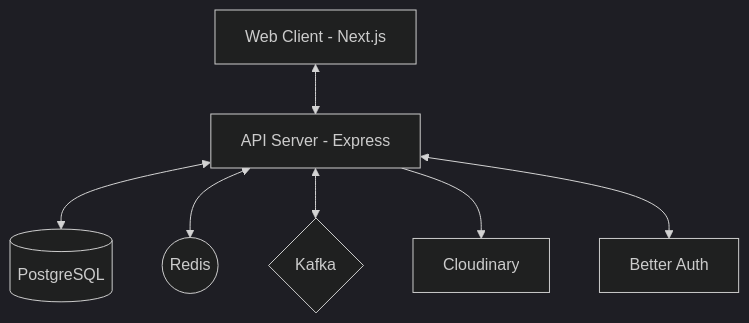
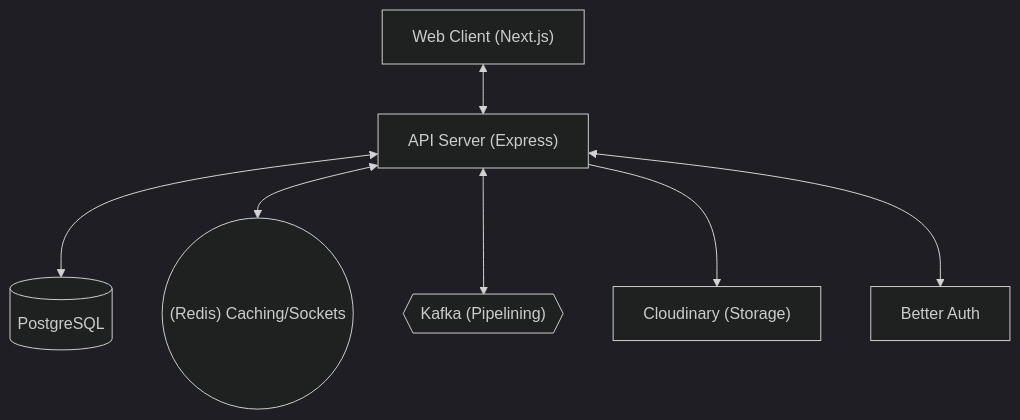
One commit to lwshakib/frequency-chat-app changed the diagram in README.md. Above: the diagram before and after it, drawn with Mermaid (dark theme). The commit also changed other lines of this file and 3 other files, not shown here.

````diff
--- a/README.md
+++ b/README.md
@@ -17,9 +22,9 @@
 ```mermaid
 graph TD
-    Client[Web Client - Next.js] <--> Server[API Server - Express]
-    Server <--> DB[(PostgreSQL)]
-    Server <--> Redis((Redis))
-    Server <--> Kafka{Kafka}
-    Server --> Cloudinary[Cloudinary]
-    Server <--> BetterAuth[Better Auth]
+    Client["Web Client (Next.js)"] <--> Server["API Server (Express)"]
+    Server <--> DB[("PostgreSQL")]
+    Server <--> Redis(("(Redis) Caching/Sockets"))
+    Server <--> Kafka{{"Kafka (Pipelining)"}}
+    Server --> Cloudinary["Cloudinary (Storage)"]
+    Server <--> BetterAuth["Better Auth"]
 ```
````
